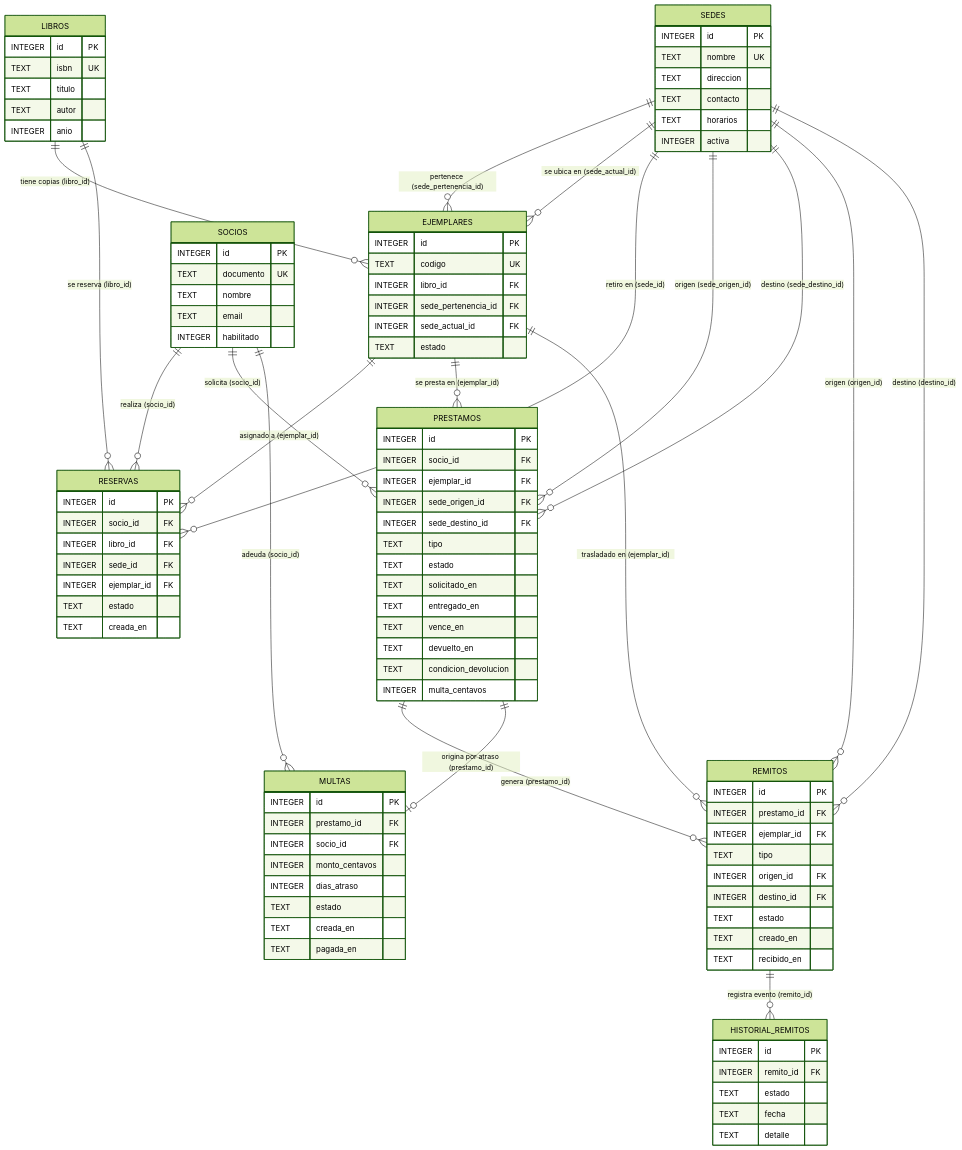
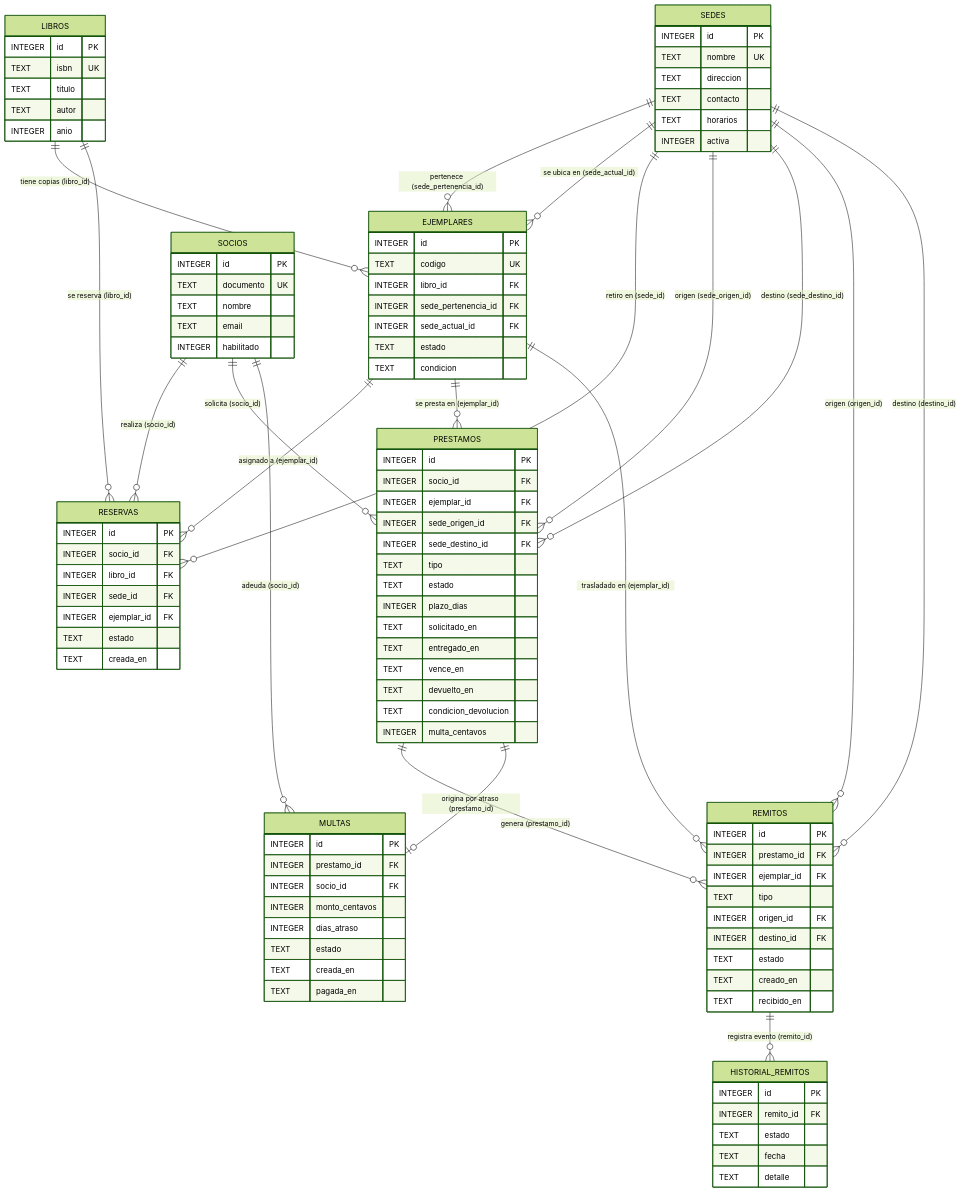
Before and after one commit to PedroGonzalezC/TPI_DAO_4K2_2026: the first of 3 diagrams in DISEÑO.md, drawn with Mermaid (forest theme). The commit also changed other lines of this file and 21 other files, not shown here.

```diff
--- a/DISEÑO.md
+++ b/DISEÑO.md
@@ -72,6 +72,7 @@
         INTEGER sede_pertenencia_id FK
         INTEGER sede_actual_id FK
         TEXT estado
+        TEXT condicion
     }
 
     RESERVAS {
@@ -92,6 +93,7 @@
         INTEGER sede_destino_id FK
         TEXT tipo
         TEXT estado
+        INTEGER plazo_dias
         TEXT solicitado_en
         TEXT entregado_en
         TEXT vence_en
```
